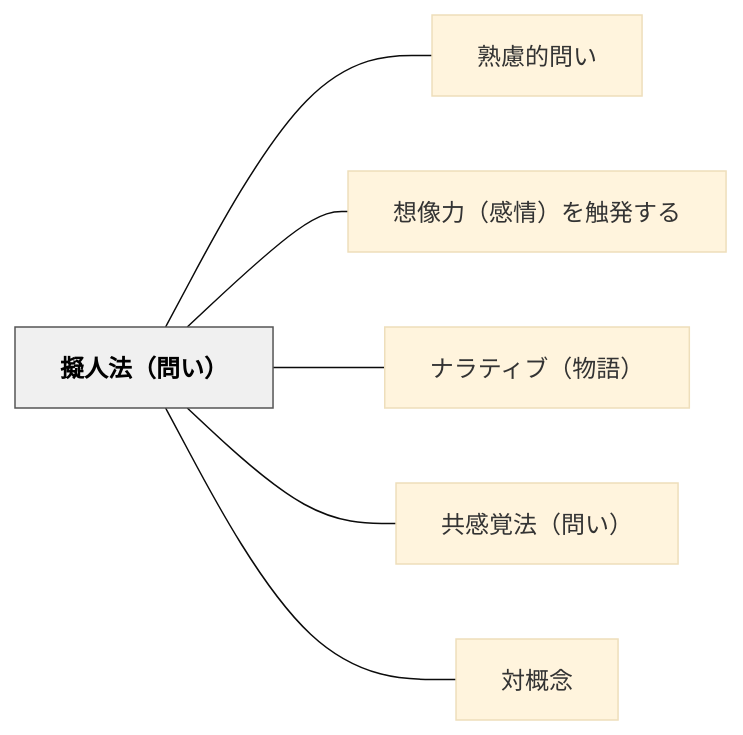
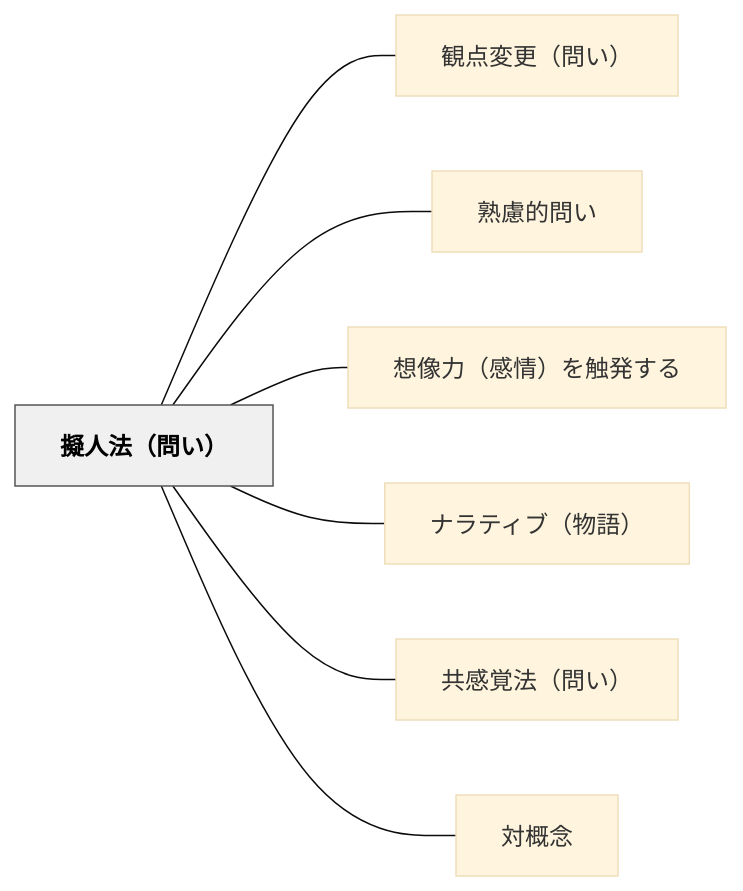
One commit to unknownthings-ed-patterns/unknownthings-ed-patterns changed the diagram in content/パタン/擬人法（問い）.md. Above: the diagram before and after it, drawn with Mermaid (base theme). The commit also changed other lines of this file and 44 other files, not shown here.

````diff
--- a/content/パタン/擬人法（問い）.md
+++ b/content/パタン/擬人法（問い）.md
@@ -42,18 +43,20 @@
 ```mermaid
 flowchart LR
     ne693ace4babae6b395efbc88e5958fe38184efbc89["擬人法（問い）"]
+    ne8a6b3e782b9e5a489e69bb4efbc88e5958fe38184efbc89["観点変更（問い）"]
     ne7869fe685aee79a84e5958fe38184["熟慮的問い"]
     ne683b3e5838fe58a9befbc88e6849fe68385efbc89e38292e8a7a6e799bae38199e3828b["想像力（感情）を触発する"]
     ne3838ae383a9e38386e382a3e38396efbc88e789a9e8aa9eefbc89["ナラティブ（物語）"]
     ne585b1e6849fe8a69ae6b395efbc88e5958fe38184efbc89["共感覚法（問い）"]
     ne5afbee6a682e5bfb5["対概念"]
 
+    ne693ace4babae6b395efbc88e5958fe38184efbc89 --- ne8a6b3e782b9e5a489e69bb4efbc88e5958fe38184efbc89
     ne693ace4babae6b395efbc88e5958fe38184efbc89 --- ne7869fe685aee79a84e5958fe38184
     ne693ace4babae6b395efbc88e5958fe38184efbc89 --- ne683b3e5838fe58a9befbc88e6849fe68385efbc89e38292e8a7a6e799bae38199e3828b
     ne693ace4babae6b395efbc88e5958fe38184efbc89 --- ne3838ae383a9e38386e382a3e38396efbc88e789a9e8aa9eefbc89
     ne693ace4babae6b395efbc88e5958fe38184efbc89 --- ne585b1e6849fe8a69ae6b395efbc88e5958fe38184efbc89
     ne693ace4babae6b395efbc88e5958fe38184efbc89 --- ne5afbee6a682e5bfb5
 
     classDef hub fill:#f0f0f0,stroke:#555,color:#000,font-weight:bold
     class ne693ace4babae6b395efbc88e5958fe38184efbc89 hub
 ```
````
